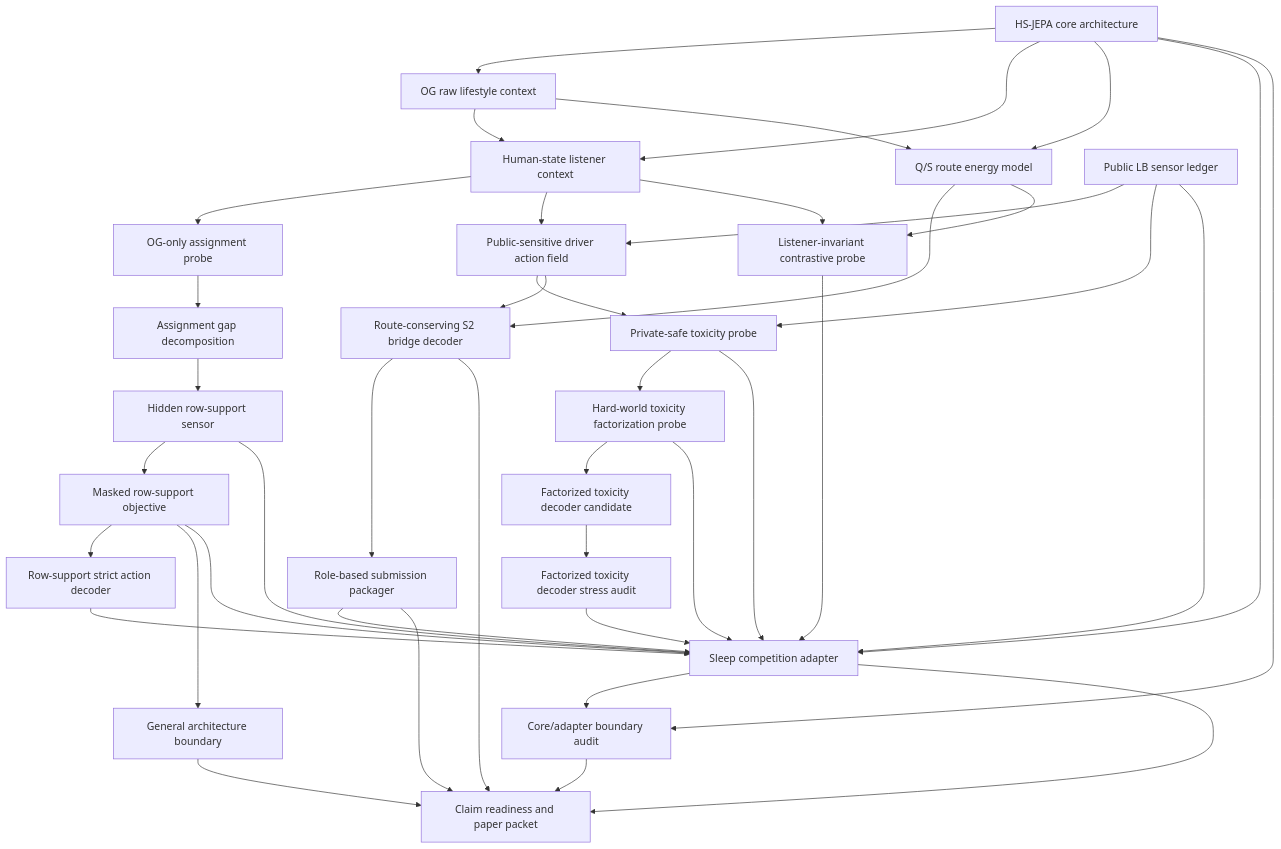
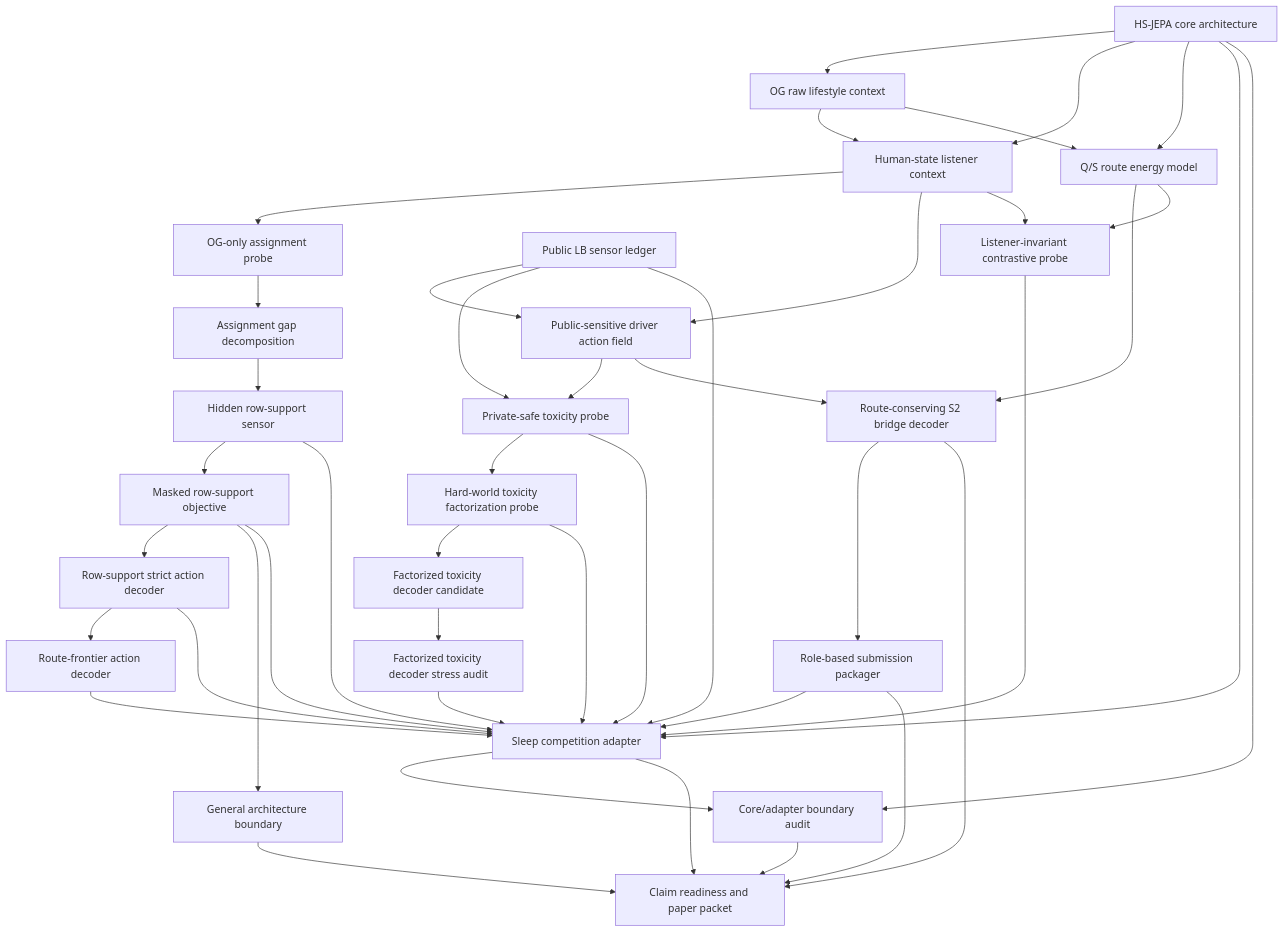
One commit to kbsooo/etri changed the diagram in team_hsjepa_end_to_end/outputs/route_conserving_s2_bridge/hsjepa_pipeline_manifest_ko.md. Above: the diagram before and after it, drawn with Mermaid. The commit also changed other lines of this file and 38 other files, not shown here.

Commit message:
feat(hsjepa): add route frontier action decoder

````diff
--- a/team_hsjepa_end_to_end/outputs/route_conserving_s2_bridge/hsjepa_pipeline_manifest_ko.md
+++ b/team_hsjepa_end_to_end/outputs/route_conserving_s2_bridge/hsjepa_pipeline_manifest_ko.md
@@ -13,43 +13,45 @@
 ```mermaid
 flowchart TD
     CORE["HS-JEPA core architecture"] --> A["OG raw lifestyle context"]
     CORE --> C["Human-state listener context"]
     CORE --> D["Q/S route energy model"]
     A["OG raw lifestyle context"] --> C["Human-state listener context"]
     A --> D["Q/S route energy model"]
     C --> P1["OG-only assignment probe"]
     P1 --> GAP["Assignment gap decomposition"]
     GAP --> RSP["Hidden row-support sensor"]
     RSP --> MRO["Masked row-support objective"]
     MRO --> RSA["Row-support strict action decoder"]
+    RSA --> RFA["Route-frontier action decoder"]
     MRO --> GEN["General architecture boundary"]
     B["Public LB sensor ledger"] --> E["Public-sensitive driver action field"]
     C --> E
     D --> F["Route-conserving S2 bridge decoder"]
     C --> P2["Listener-invariant contrastive probe"]
     D --> P2
     B --> P3["Private-safe toxicity probe"]
     E --> P3
     P3 --> P4["Hard-world toxicity factorization probe"]
     P4 --> P5["Factorized toxicity decoder candidate"]
     P5 --> P6["Factorized toxicity decoder stress audit"]
     E --> F
     F --> G["Role-based submission packager"]
     G --> ADAPT["Sleep competition adapter"]
     CORE --> ADAPT
     B --> ADAPT
     P2 --> ADAPT
     P3 --> ADAPT
     P4 --> ADAPT
     P6 --> ADAPT
     RSP --> ADAPT
     MRO --> ADAPT
     RSA --> ADAPT
+    RFA --> ADAPT
     ADAPT --> BAUD["Core/adapter boundary audit"]
     CORE --> BAUD
     GEN --> H["Claim readiness and paper packet"]
     BAUD --> H
     ADAPT --> H["Claim readiness and paper packet"]
     G --> H["Claim readiness and paper packet"]
     F --> H
 ```
````
